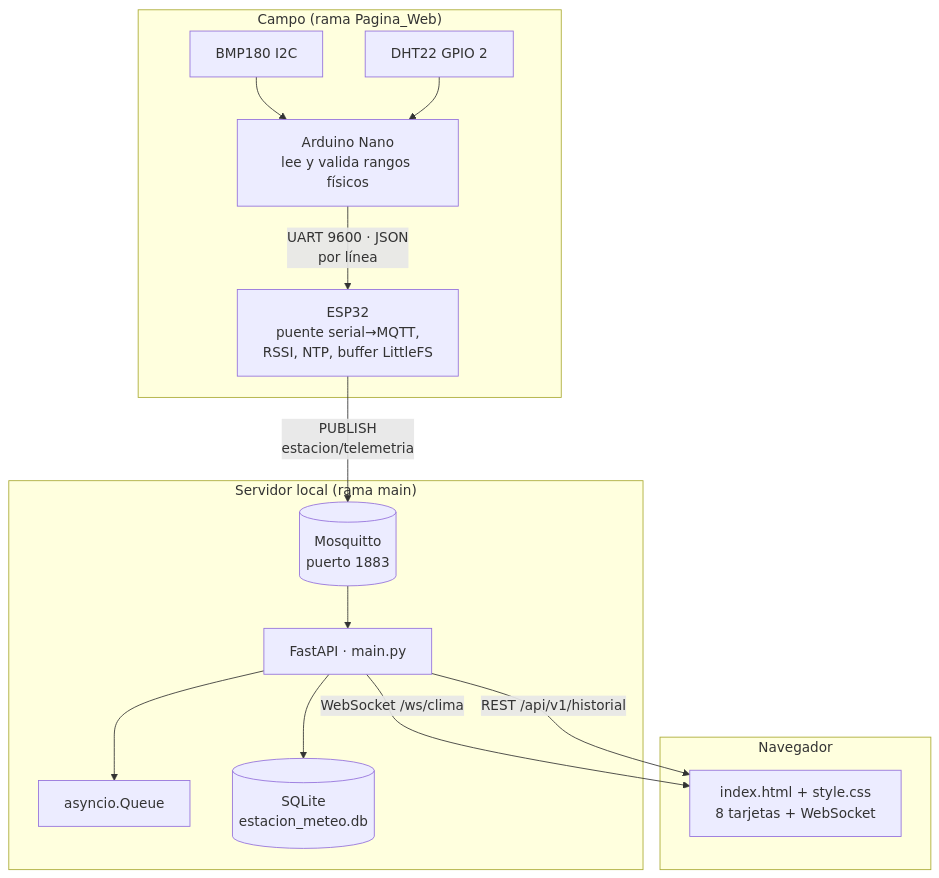
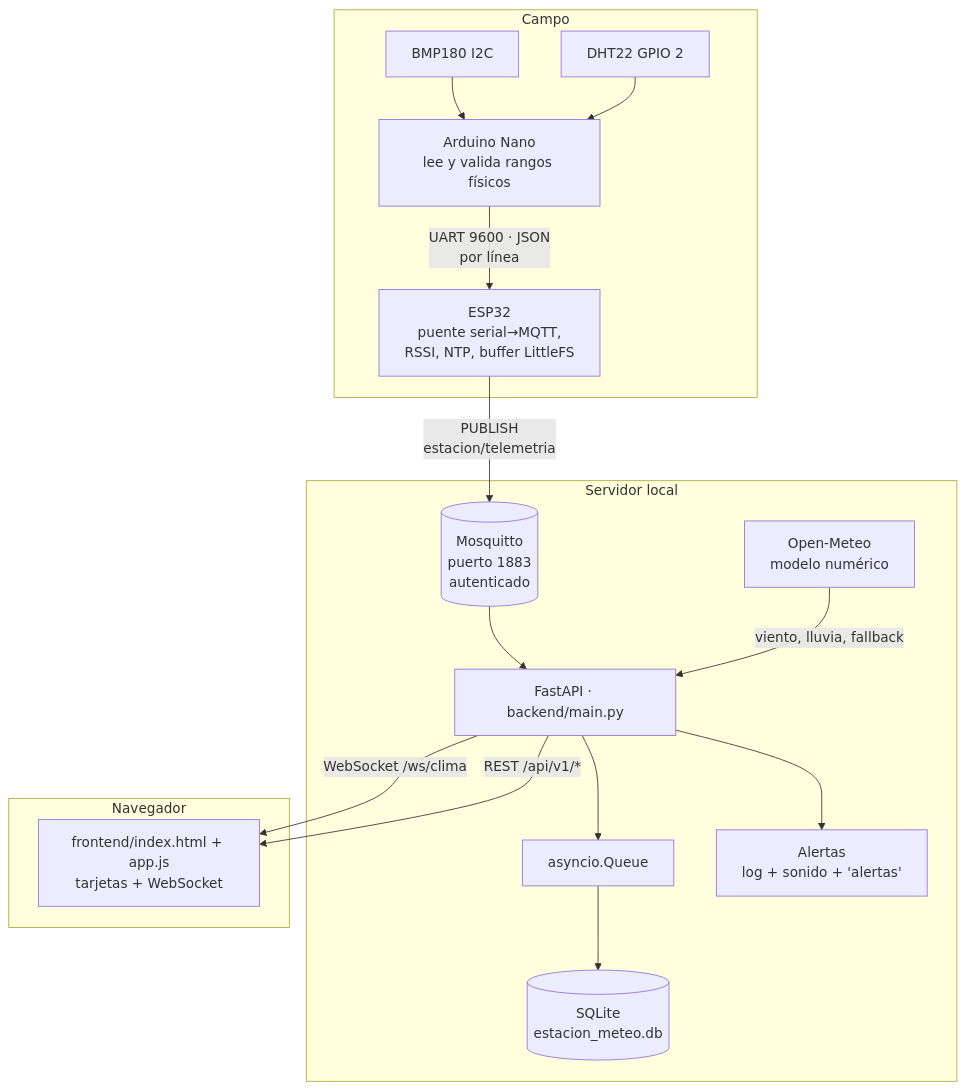
Before and after one commit to EstebanBertoni/estacion_meteorologica: the first of 3 diagrams in docs/ARQUITECTURA.md, drawn with Mermaid. The commit also changed other lines of this file and 2 other files, not shown here.

First line of the commit message:
Actualizar documentación tras el merge de Pagina_Web

````diff
--- a/docs/ARQUITECTURA.md
+++ b/docs/ARQUITECTURA.md
@@ -9,30 +10,34 @@
 ```mermaid
 flowchart TB
-    subgraph Campo["Campo (rama Pagina_Web)"]
+    subgraph Campo["Campo"]
         BMP["BMP180 I2C"]
         DHT["DHT22 GPIO 2"]
         NANO["Arduino Nano<br/>lee y valida rangos físicos"]
         ESP["ESP32<br/>puente serial→MQTT,<br/>RSSI, NTP, buffer LittleFS"]
         BMP --> NANO
         DHT --> NANO
         NANO -->|"UART 9600 · JSON<br/>por línea"| ESP
     end
 
-    subgraph Servidor["Servidor local (rama main)"]
-        BROKER[("Mosquitto<br/>puerto 1883")]
-        BACKEND["FastAPI · main.py"]
+    subgraph Servidor["Servidor local"]
+        BROKER[("Mosquitto<br/>puerto 1883<br/>autenticado")]
+        BACKEND["FastAPI · backend/main.py"]
+        OM["Open-Meteo<br/>modelo numérico"]
         QUEUE["asyncio.Queue"]
+        ALERTA["Alertas<br/>log + sonido + 'alertas'"]
         DB[("SQLite<br/>estacion_meteo.db")]
         BROKER --> BACKEND
+        OM -->|"viento, lluvia, fallback"| BACKEND
         BACKEND --> QUEUE
-        BACKEND --> DB
+        BACKEND --> ALERTA
+        QUEUE --> DB
     end
 
     subgraph Cliente["Navegador"]
-        DASH["index.html + style.css<br/>8 tarjetas + WebSocket"]
+        DASH["frontend/index.html + app.js<br/>tarjetas + WebSocket"]
     end
 
-    ESP -->|PUBLISH<br/>estacion/telemetria| BROKER
-    BACKEND -->|WebSocket /ws/clima| DASH
-    BACKEND -->|REST /api/v1/historial| DASH
+    ESP -->|"PUBLISH<br/>estacion/telemetria"| BROKER
+    BACKEND -->|"WebSocket /ws/clima"| DASH
+    BACKEND -->|"REST /api/v1/*"| DASH
 ```
````
